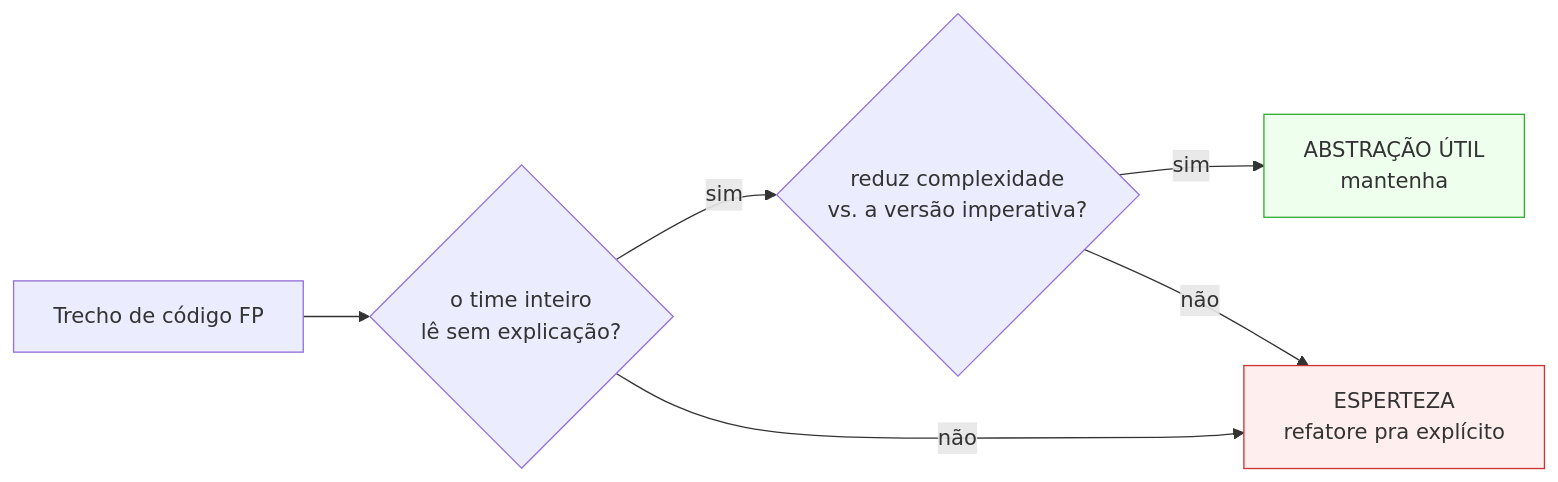
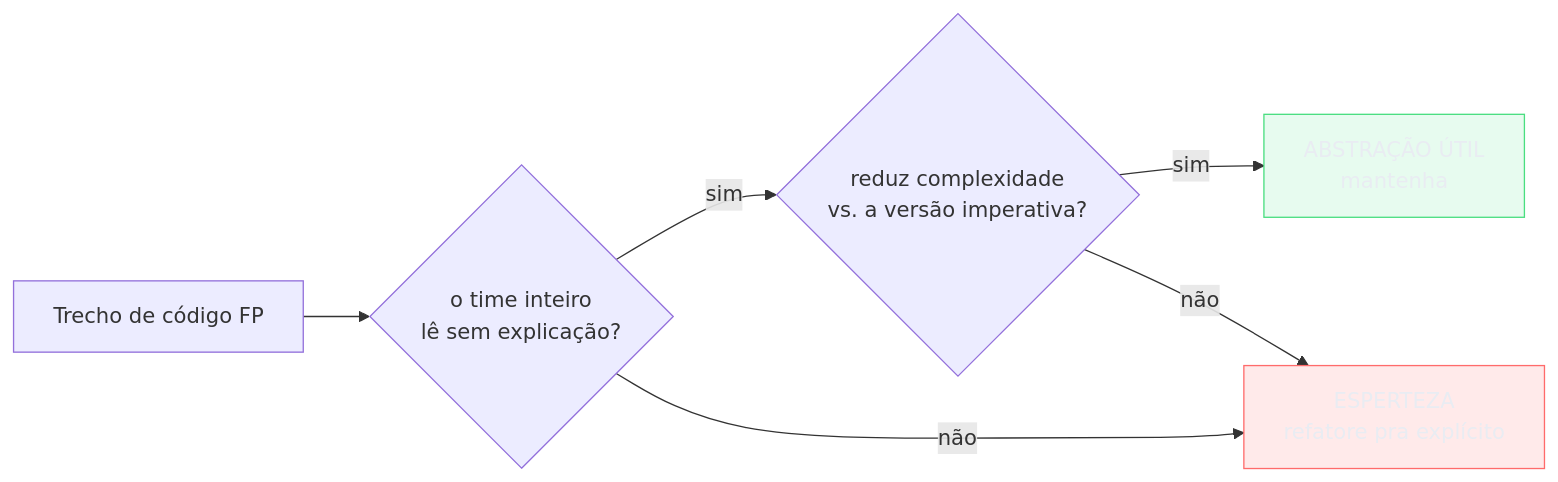
Before and after one commit to josenaldo/codex-technomanticus: the third of 4 diagrams in 03-Dominios/Ciência/Paradigmas/15 - Programação funcional na prática.md, drawn with Mermaid. The commit also changed other lines of this file and 1181 other files, not shown here.

First line of the commit message:
fix(diagramas): paleta do sistema no lugar de cor cravada no markdown

````diff
--- a/03-Dominios/Ciência/Paradigmas/15 - Programação funcional na prática.md
+++ b/03-Dominios/Ciência/Paradigmas/15 - Programação funcional na prática.md
@@ -199,10 +201,12 @@
 ```mermaid
 flowchart LR
+    classDef ok fill:#4ADE8021,stroke:#4ADE80,color:#E9ECF2
+    classDef falha fill:#FF6B6B24,stroke:#FF6B6B,color:#E9ECF2
     A["Trecho de código FP"] --> B{"o time inteiro<br/>lê sem explicação?"}
     B -->|sim| C{"reduz complexidade<br/>vs. a versão imperativa?"}
     B -->|não| X["ESPERTEZA<br/>refatore pra explícito"]
     C -->|sim| OK["ABSTRAÇÃO ÚTIL<br/>mantenha"]
     C -->|não| X
-    style OK fill:#efe,stroke:#3a3
-    style X fill:#fee,stroke:#c33
+    class OK ok
+    class X falha
 ```
````
